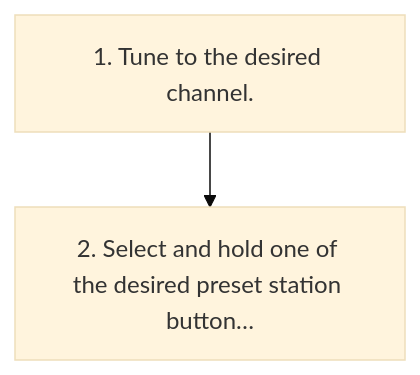
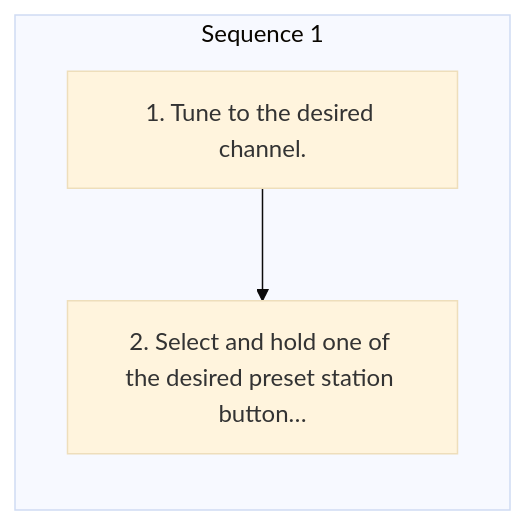
One commit to Chieko-Y/my-spec-generator changed the diagram in workspace/subaru/outback-2026/ivi/published/audio/11-presetting-a-channel.md. Above: the diagram before and after it, drawn with Mermaid (base theme). The commit also changed other lines of this file and 268 other files, not shown here.

````diff
--- a/workspace/subaru/outback-2026/ivi/published/audio/11-presetting-a-channel.md
+++ b/workspace/subaru/outback-2026/ivi/published/audio/11-presetting-a-channel.md
@@ -9,6 +9,9 @@
 ```mermaid
 flowchart TD
-    S1["1. Tune to the desired channel."]
-    S2["2. Select and hold one of the desired preset station button…"]
-    S1 --> S2
+    subgraph SEQ1["Sequence 1"]
+    direction TB
+    S1_1["1. Tune to the desired channel."]
+    S1_2["2. Select and hold one of the desired preset station button…"]
+    S1_1 --> S1_2
+    end
 ```
````
